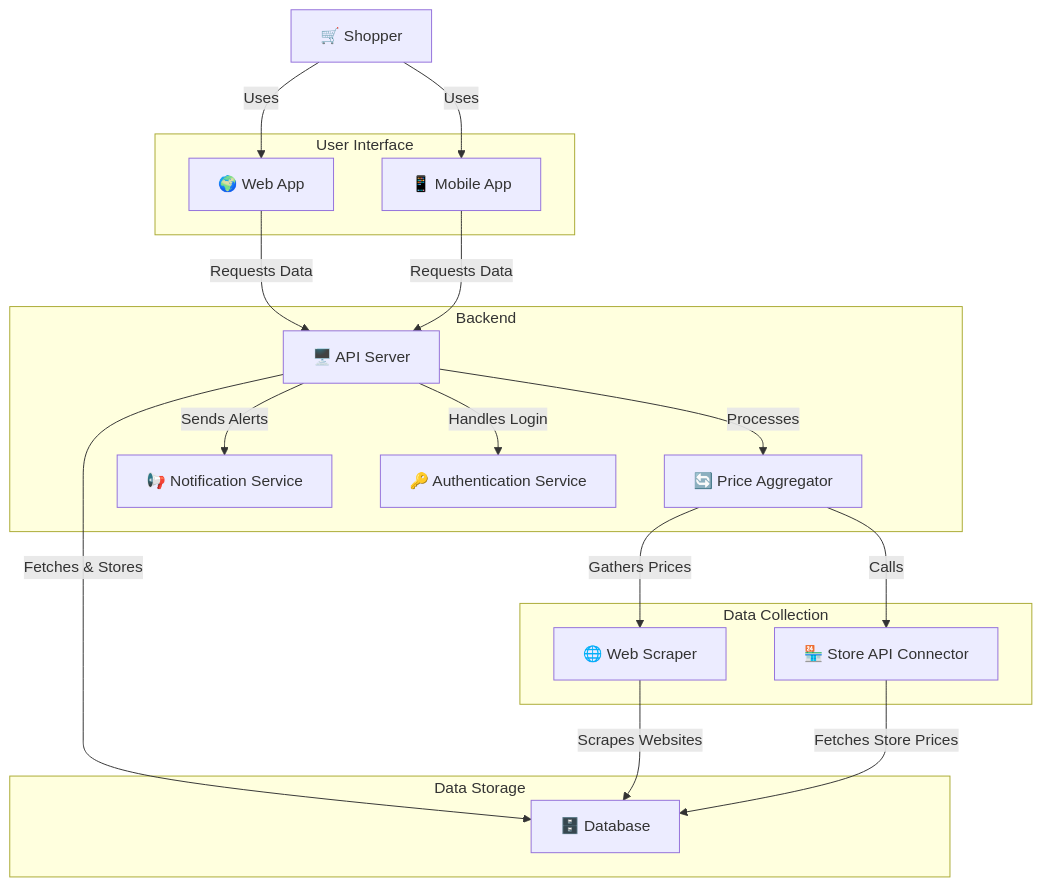
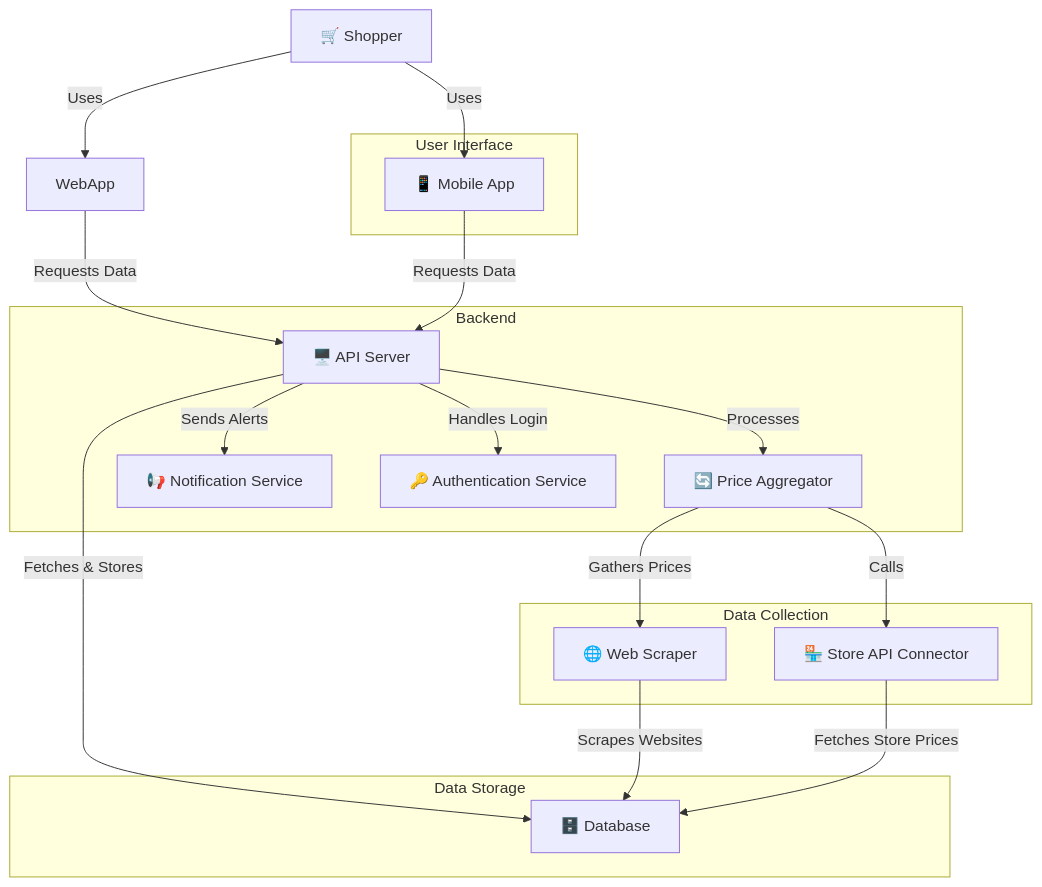
Before and after one commit to denzil-daniels-204525918/Price-aggregator-comparison-app: the second of 4 diagrams in ARCHITECTURE.md, drawn with Mermaid. The commit also changed other lines of this file, not shown here.

````diff
--- a/ARCHITECTURE.md
+++ b/ARCHITECTURE.md
@@ -18,39 +18,38 @@
 ```mermaid
 graph TD;
     subgraph User Interface
-        WebApp["🌍 Web App"]
         MobileApp["📱 Mobile App"]
     end
 
     subgraph Backend
         API["🖥️ API Server"]
         Aggregator["🔄 Price Aggregator"]
         Notification["📢 Notification Service"]
         Auth["🔑 Authentication Service"]
     end
 
     subgraph Data Storage
         Database["🗄️ Database"]
     end
 
     subgraph Data Collection
         Scraper["🌐 Web Scraper"]
         StoreAPI["🏪 Store API Connector"]
     end
 
     User["🛒 Shopper"] -->|Uses| WebApp
     User -->|Uses| MobileApp
 
     WebApp -->|Requests Data| API
     MobileApp -->|Requests Data| API
 
     API -->|Fetches & Stores| Database
     API -->|Processes| Aggregator
     API -->|Sends Alerts| Notification
     API -->|Handles Login| Auth
 
     Aggregator -->|Gathers Prices| Scraper
     Aggregator -->|Calls| StoreAPI
     Scraper -->|Scrapes Websites| Database
     StoreAPI -->|Fetches Store Prices| Database
 ```
````
